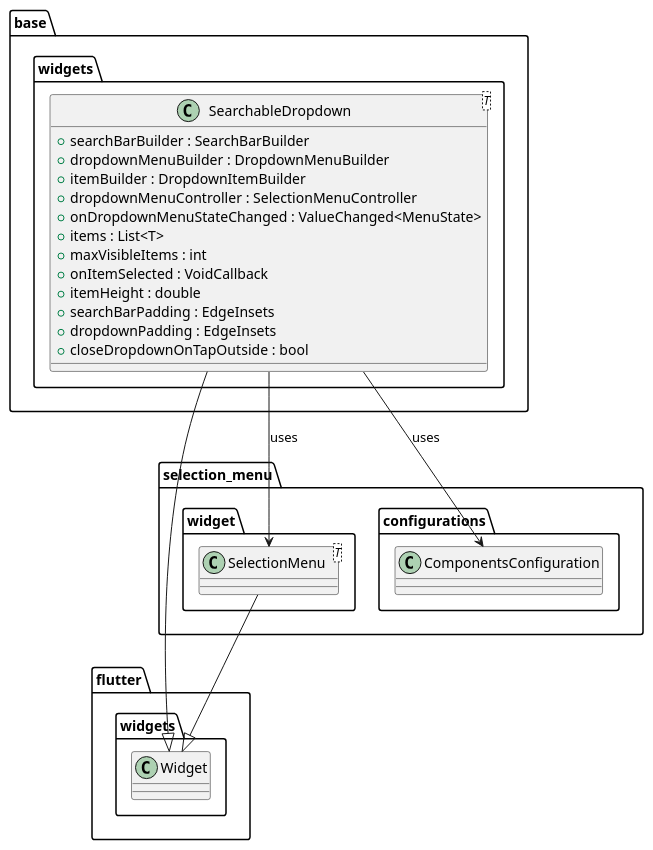
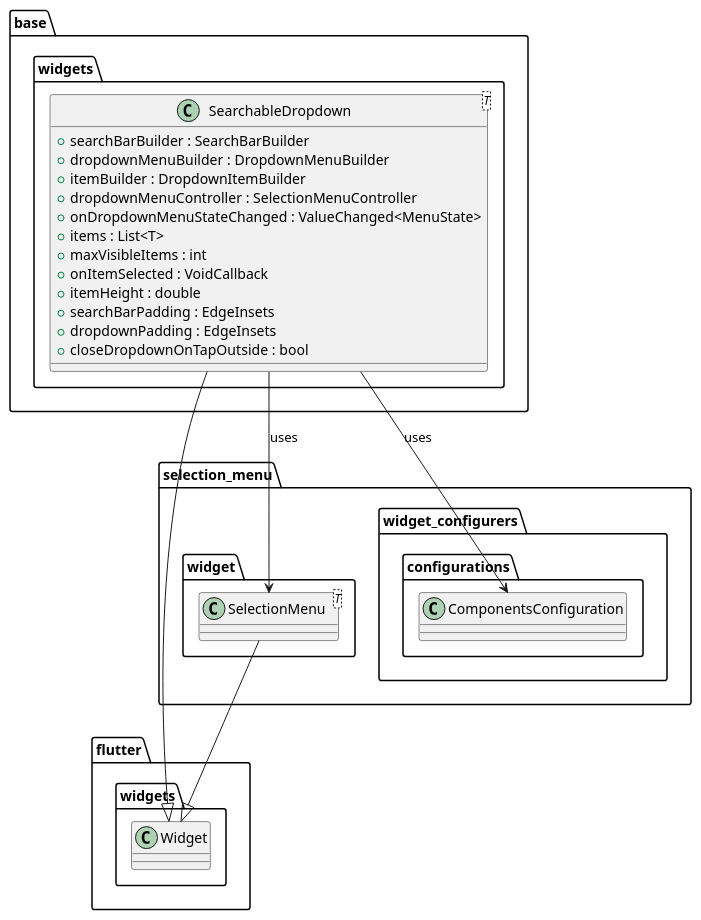
Before and after one commit to Flank/flank-dashboard: the diagram in metrics/web/docs/features/searchable_dropdown/diagrams/searchable_dropdown_widget_class_diagram.puml, drawn with PlantUML. The commit also changed 1 other file, not shown here.

```diff
--- a/metrics/web/docs/features/searchable_dropdown/diagrams/searchable_dropdown_widget_class_diagram.puml
+++ b/metrics/web/docs/features/searchable_dropdown/diagrams/searchable_dropdown_widget_class_diagram.puml
@@ -1,40 +1,40 @@
 @startuml
 
 package flutter.widgets {
     class Widget {}
 }
 
 package base.widgets {
     class SearchableDropdown<T> {
         + searchBarBuilder : SearchBarBuilder
         + dropdownMenuBuilder : DropdownMenuBuilder
         + itemBuilder : DropdownItemBuilder
         + dropdownMenuController : SelectionMenuController
         + onDropdownMenuStateChanged : ValueChanged<MenuState>
         + items : List<T>
         + maxVisibleItems : int
         + onItemSelected : VoidCallback
         + itemHeight : double
         + searchBarPadding : EdgeInsets
         + dropdownPadding : EdgeInsets
         + closeDropdownOnTapOutside : bool
     }
 }
 
 package selection_menu {
     package widget {
         class SelectionMenu<T> {}
     }
 
-    package configurations {
+    package widget_configurers.configurations {
         class ComponentsConfiguration {}
     }
 }
 
 SearchableDropdown --|> Widget
 SearchableDropdown --> SelectionMenu : uses
 SearchableDropdown --> ComponentsConfiguration : uses
 
 SelectionMenu --|> Widget
 
 @enduml
```
